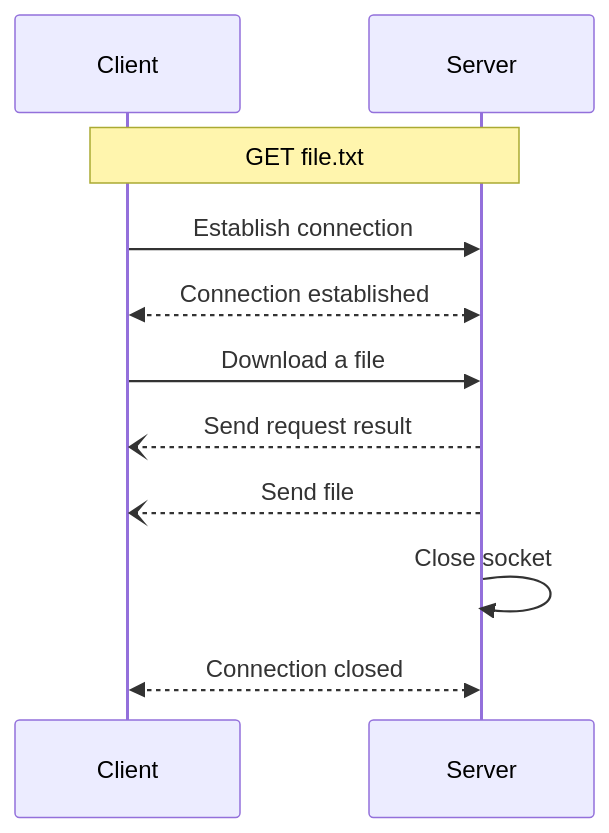
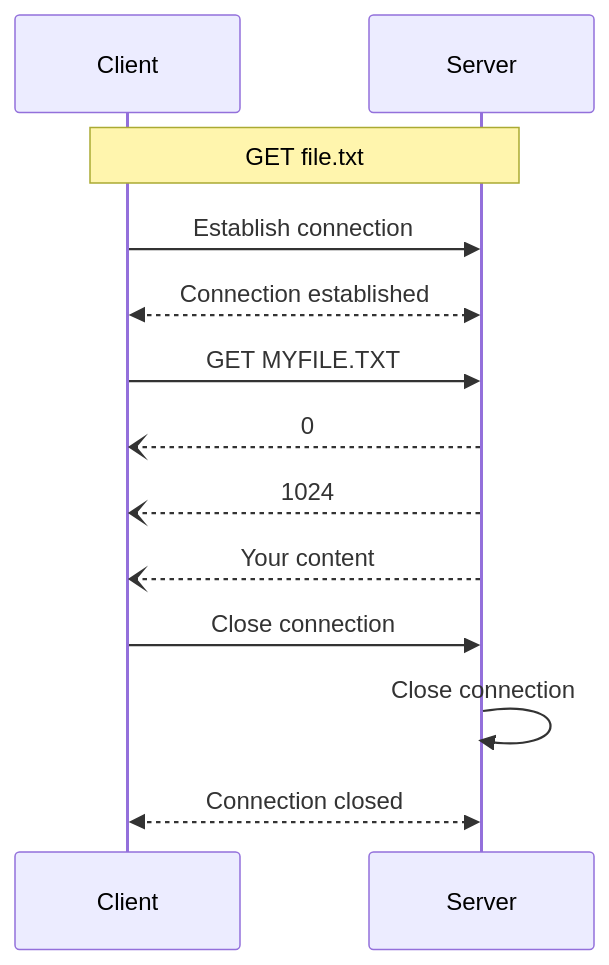
The diagram in docs/diagrams/get.mmd (Thynkon/dai-pw-02), drawn with Mermaid before and after one commit. The commit also changed other lines of this file and 23 other files, not shown here.

Commit message:
Update protocol and sequence diagrams

```diff
--- a/docs/diagrams/get.mmd
+++ b/docs/diagrams/get.mmd
@@ -1,13 +1,15 @@
 sequenceDiagram
     participant Client
     participant Server
 
     %% Initialisation
     Note over Client,Server: GET file.txt
     Client->>Server: Establish connection
     Server<<-->>Client: Connection established
-    Client->>Server: Download a file
-    Server--)Client: Send request result
-    Server--)Client: Send file
-    Server->>Server: Close socket
+    Client->>Server: GET MYFILE.TXT
+    Server--)Client: 0
+    Server--)Client: 1024
+    Server--)Client: Your content
+    Client->>Server: Close connection
+    Server->>Server: Close connection
     Server<<-->>Client: Connection closed
```
